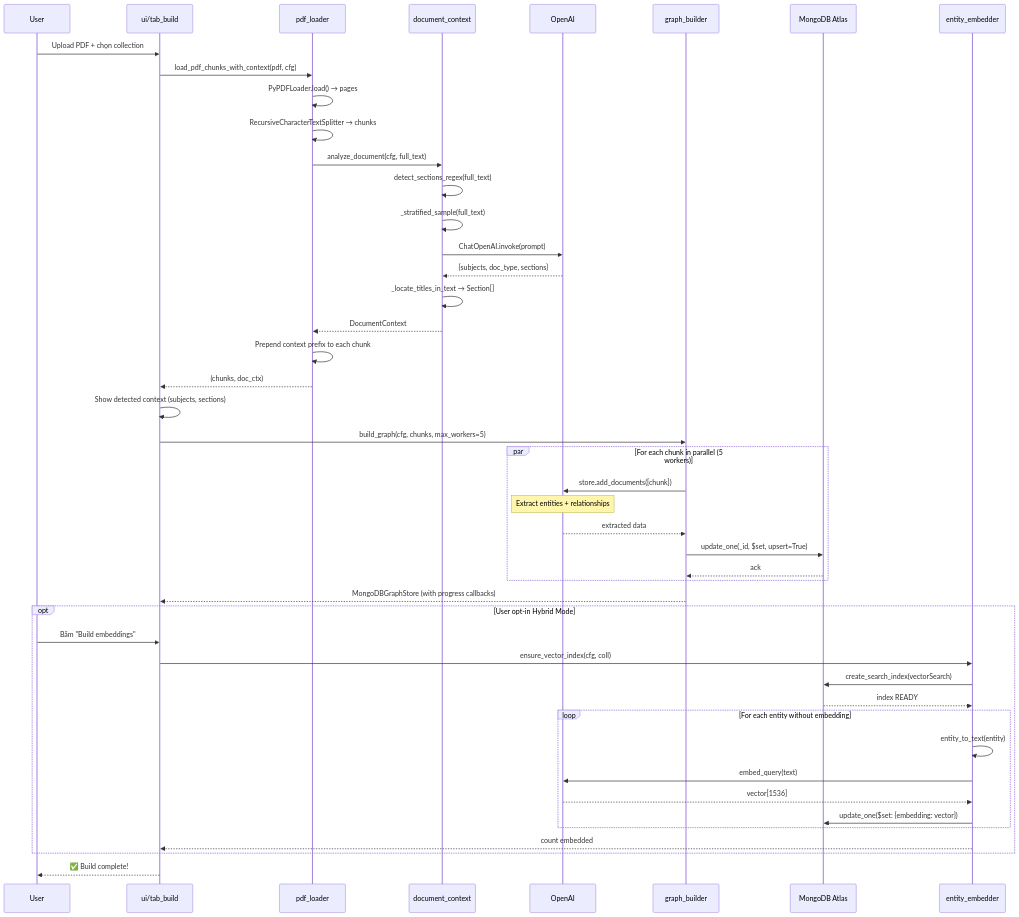
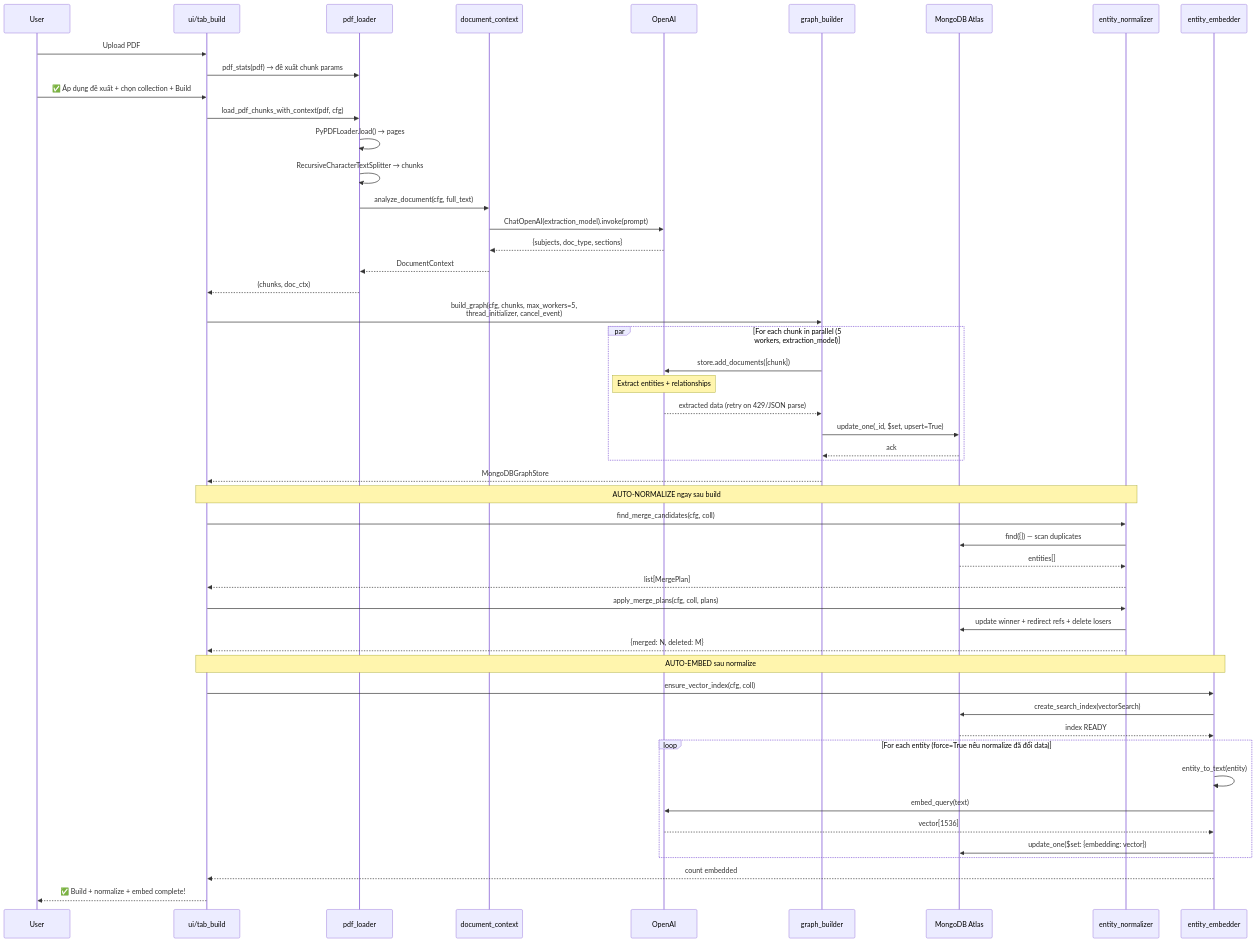
The second of 14 diagrams in docs/diagrams.md (camping89/graphrag-demo), drawn with Mermaid before and after one commit. The commit also changed other lines of this file and 10 other files, not shown here.

First line of the commit message:
docs: sync với codebase hiện tại (2-model split, entity normalizer, auto-flow)

````diff
--- a/docs/diagrams.md
+++ b/docs/diagrams.md
@@ -83,56 +88,61 @@
 ```mermaid
 sequenceDiagram
     participant U as User
     participant UI as ui/tab_build
     participant Loader as pdf_loader
     participant Ctx as document_context
     participant LLM as OpenAI
     participant Builder as graph_builder
     participant Mongo as MongoDB Atlas
+    participant Norm as entity_normalizer
     participant Embed as entity_embedder
 
-    U->>UI: Upload PDF + chọn collection
+    U->>UI: Upload PDF
+    UI->>Loader: pdf_stats(pdf) → đề xuất chunk params
+    U->>UI: ✅ Áp dụng đề xuất + chọn collection + Build
     UI->>Loader: load_pdf_chunks_with_context(pdf, cfg)
     Loader->>Loader: PyPDFLoader.load() → pages
     Loader->>Loader: RecursiveCharacterTextSplitter → chunks
     Loader->>Ctx: analyze_document(cfg, full_text)
-    Ctx->>Ctx: detect_sections_regex(full_text)
-    Ctx->>Ctx: _stratified_sample(full_text)
-    Ctx->>LLM: ChatOpenAI.invoke(prompt)
+    Ctx->>LLM: ChatOpenAI(extraction_model).invoke(prompt)
     LLM-->>Ctx: {subjects, doc_type, sections}
-    Ctx->>Ctx: _locate_titles_in_text → Section[]
     Ctx-->>Loader: DocumentContext
-    Loader->>Loader: Prepend context prefix to each chunk
     Loader-->>UI: (chunks, doc_ctx)
 
-    UI->>UI: Show detected context (subjects, sections)
-    UI->>Builder: build_graph(cfg, chunks, max_workers=5)
+    UI->>Builder: build_graph(cfg, chunks, max_workers=5,<br/>thread_initializer, cancel_event)
 
-    par For each chunk in parallel (5 workers)
+    par For each chunk in parallel (5 workers, extraction_model)
         Builder->>LLM: store.add_documents([chunk])
         Note over LLM: Extract entities + relationships
-        LLM-->>Builder: extracted data
+        LLM-->>Builder: extracted data (retry on 429/JSON parse)
         Builder->>Mongo: update_one(_id, $set, upsert=True)
         Mongo-->>Builder: ack
     end
 
-    Builder-->>UI: MongoDBGraphStore (with progress callbacks)
+    Builder-->>UI: MongoDBGraphStore
 
-    opt User opt-in Hybrid Mode
-        U->>UI: Bấm "Build embeddings"
-        UI->>Embed: ensure_vector_index(cfg, coll)
-        Embed->>Mongo: create_search_index(vectorSearch)
-        Mongo-->>Embed: index READY
+    Note over UI,Norm: AUTO-NORMALIZE ngay sau build
+    UI->>Norm: find_merge_candidates(cfg, coll)
+    Norm->>Mongo: find({}) — scan duplicates
+    Mongo-->>Norm: entities[]
+    Norm-->>UI: list[MergePlan]
+    UI->>Norm: apply_merge_plans(cfg, coll, plans)
+    Norm->>Mongo: update winner + redirect refs + delete losers
+    Norm-->>UI: {merged: N, deleted: M}
 
-        loop For each entity without embedding
-            Embed->>Embed: entity_to_text(entity)
-            Embed->>LLM: embed_query(text)
-            LLM-->>Embed: vector[1536]
-            Embed->>Mongo: update_one($set: {embedding: vector})
-        end
+    Note over UI,Embed: AUTO-EMBED sau normalize
+    UI->>Embed: ensure_vector_index(cfg, coll)
+    Embed->>Mongo: create_search_index(vectorSearch)
+    Mongo-->>Embed: index READY
 
-        Embed-->>UI: count embedded
+    loop For each entity (force=True nếu normalize đã đổi data)
+        Embed->>Embed: entity_to_text(entity)
+        Embed->>LLM: embed_query(text)
+        LLM-->>Embed: vector[1536]
+        Embed->>Mongo: update_one($set: {embedding: vector})
     end
 
-    UI-->>U: ✅ Build complete!
+    Embed-->>UI: count embedded
+
+    UI-->>U: ✅ Build + normalize + embed complete!
 ```
````
